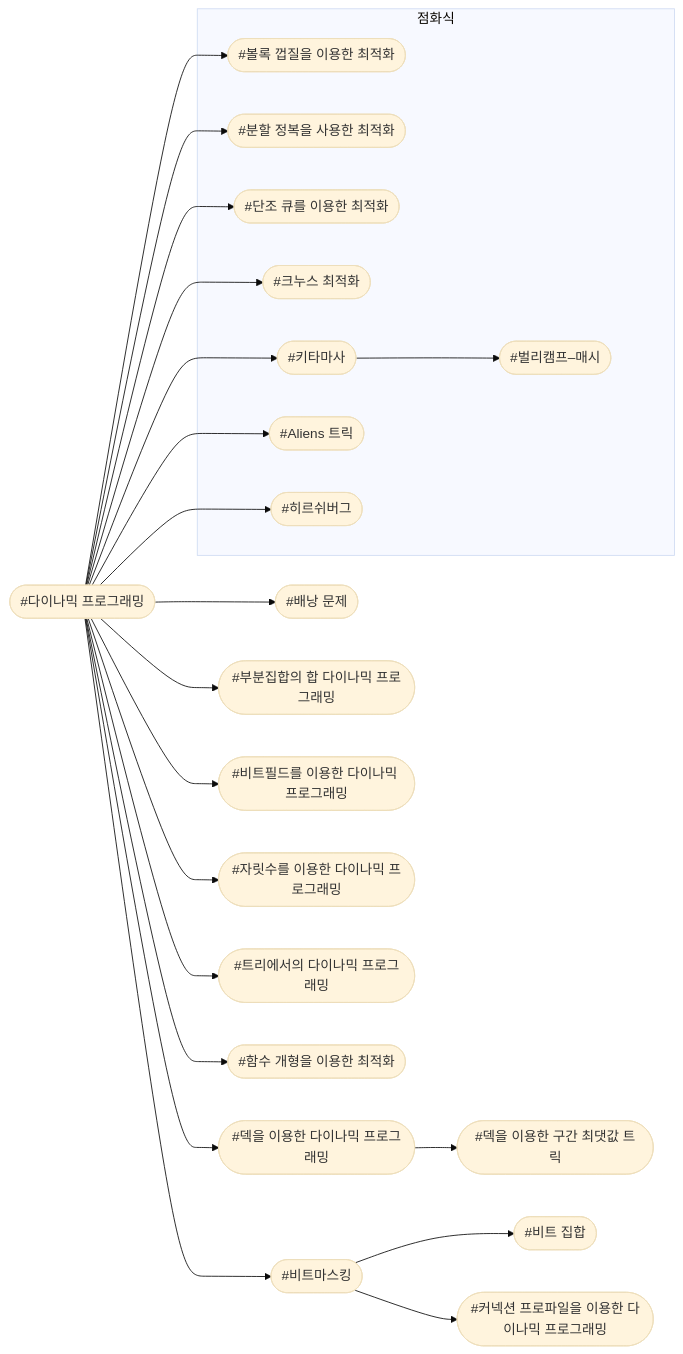
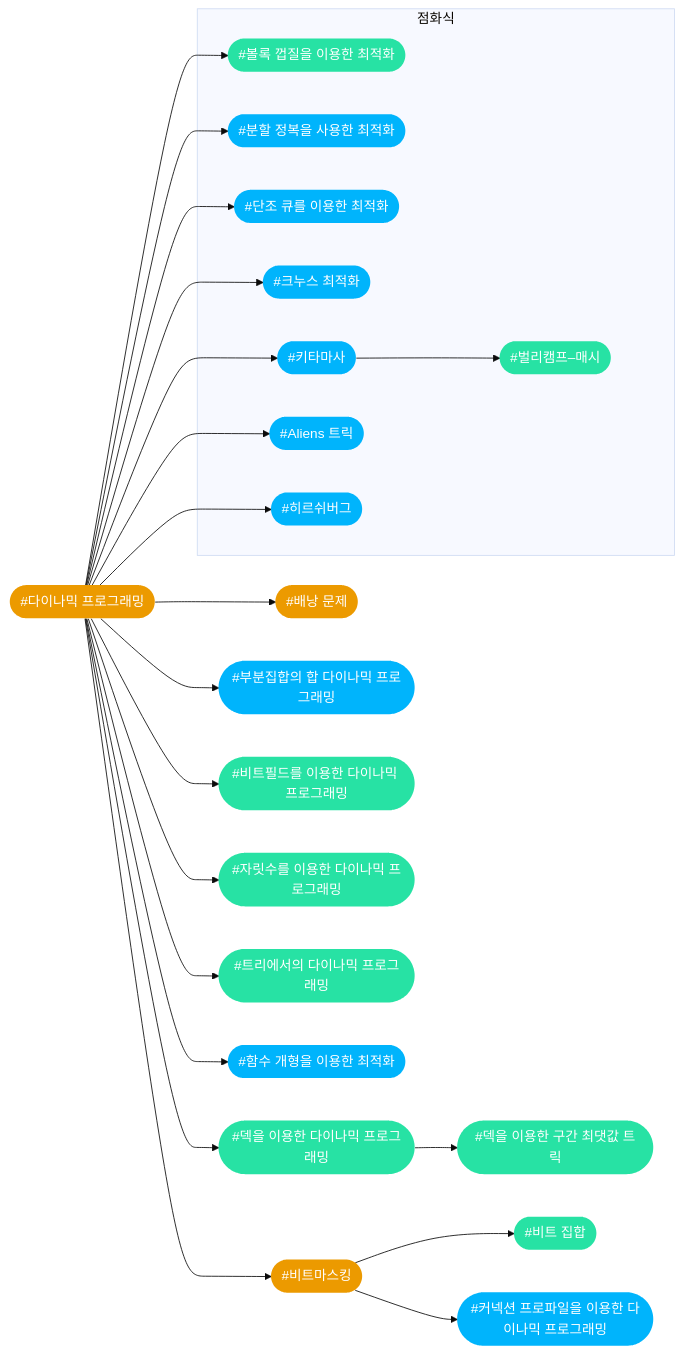
One commit to CHOYUNSIG/algorithm_with_boj changed the ninth of 10 diagrams in index.md. Above: the diagram before and after it, drawn with Mermaid (base theme). The commit also changed other lines of this file and 2 other files, not shown here.

```diff
--- a/index.md
+++ b/index.md
@@ -516,55 +593,62 @@
 <pre class="mermaid">
     graph LR
 
     #dp --> #knapsack
     #dp --> #dp_sum_over_subsets
     #dp --> #dp_bitfield
     #dp --> #dp_deque
     #dp --> #dp_digit
     #dp --> #dp_tree
     #dp --> #bitmask
     #dp --> #slope_trick
     #dp --> #cht
     #dp --> #divide_and_conquer_optimization
     #dp --> #monotone_queue_optimization
     #dp --> #knuth
     #dp --> #kitamasa
     #dp --> #alien
     #dp --> #hirschberg
     #kitamasa --> #berlekamp_massey
     #dp_deque --> #deque_trick
     #bitmask --> #bitset
     #bitmask --> #dp_connection_profile
 
     subgraph 점화식
         #alien
         #monotone_queue_optimization
         #berlekamp_massey
         #cht
         #divide_and_conquer_optimization
         #knuth
         #kitamasa
         #hirschberg
     end
 
-    #alien(["#Aliens 트릭"])
-    #dp(["#다이나믹 프로그래밍"])
-    #monotone_queue_optimization(["#단조 큐를 이용한 최적화"])
-    #deque_trick(["#덱을 이용한 구간 최댓값 트릭"])
-    #dp_deque(["#덱을 이용한 다이나믹 프로그래밍"])
-    #knapsack(["#배낭 문제"])
-    #berlekamp_massey(["#벌리캠프–매시"])
-    #cht(["#볼록 껍질을 이용한 최적화"])
-    #dp_sum_over_subsets(["#부분집합의 합 다이나믹 프로그래밍"])
-    #divide_and_conquer_optimization(["#분할 정복을 사용한 최적화"])
-    #bitset(["#비트 집합"])
-    #bitmask(["#비트마스킹"])
-    #dp_bitfield(["#비트필드를 이용한 다이나믹 프로그래밍"])
-    #dp_digit(["#자릿수를 이용한 다이나믹 프로그래밍"])
-    #dp_connection_profile(["#커넥션 프로파일을 이용한 다이나믹 프로그래밍"])
-    #knuth(["#크누스 최적화"])
-    #kitamasa(["#키타마사"])
-    #dp_tree(["#트리에서의 다이나믹 프로그래밍"])
-    #slope_trick(["#함수 개형을 이용한 최적화"])
-    #hirschberg(["#히르쉬버그"])
+    #alien(["#Aliens 트릭"]):::tier4
+    #dp(["#다이나믹 프로그래밍"]):::tier2
+    #monotone_queue_optimization(["#단조 큐를 이용한 최적화"]):::tier4
+    #deque_trick(["#덱을 이용한 구간 최댓값 트릭"]):::tier3
+    #dp_deque(["#덱을 이용한 다이나믹 프로그래밍"]):::tier3
+    #knapsack(["#배낭 문제"]):::tier2
+    #berlekamp_massey(["#벌리캠프–매시"]):::tier3
+    #cht(["#볼록 껍질을 이용한 최적화"]):::tier3
+    #dp_sum_over_subsets(["#부분집합의 합 다이나믹 프로그래밍"]):::tier4
+    #divide_and_conquer_optimization(["#분할 정복을 사용한 최적화"]):::tier4
+    #bitset(["#비트 집합"]):::tier3
+    #bitmask(["#비트마스킹"]):::tier2
+    #dp_bitfield(["#비트필드를 이용한 다이나믹 프로그래밍"]):::tier3
+    #dp_digit(["#자릿수를 이용한 다이나믹 프로그래밍"]):::tier3
+    #dp_connection_profile(["#커넥션 프로파일을 이용한 다이나믹 프로그래밍"]):::tier4
+    #knuth(["#크누스 최적화"]):::tier4
+    #kitamasa(["#키타마사"]):::tier4
+    #dp_tree(["#트리에서의 다이나믹 프로그래밍"]):::tier3
+    #slope_trick(["#함수 개형을 이용한 최적화"]):::tier4
+    #hirschberg(["#히르쉬버그"]):::tier4
+
+    classDef tier0 fill:#ad5600, color:#fff, stroke:#0000
+    classDef tier1 fill:#435f7a, color:#fff, stroke:#0000
+    classDef tier2 fill:#ec9a00, color:#fff, stroke:#0000
+    classDef tier3 fill:#27e2a4, color:#fff, stroke:#0000
+    classDef tier4 fill:#00b4fc, color:#fff, stroke:#0000
+    classDef tier5 fill:#ff0062, color:#fff, stroke:#0000
 </pre>
```
